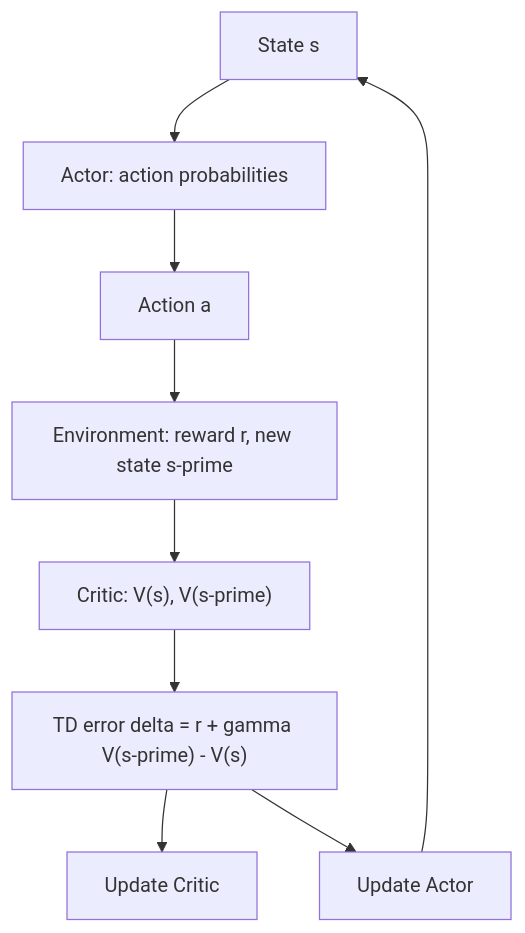
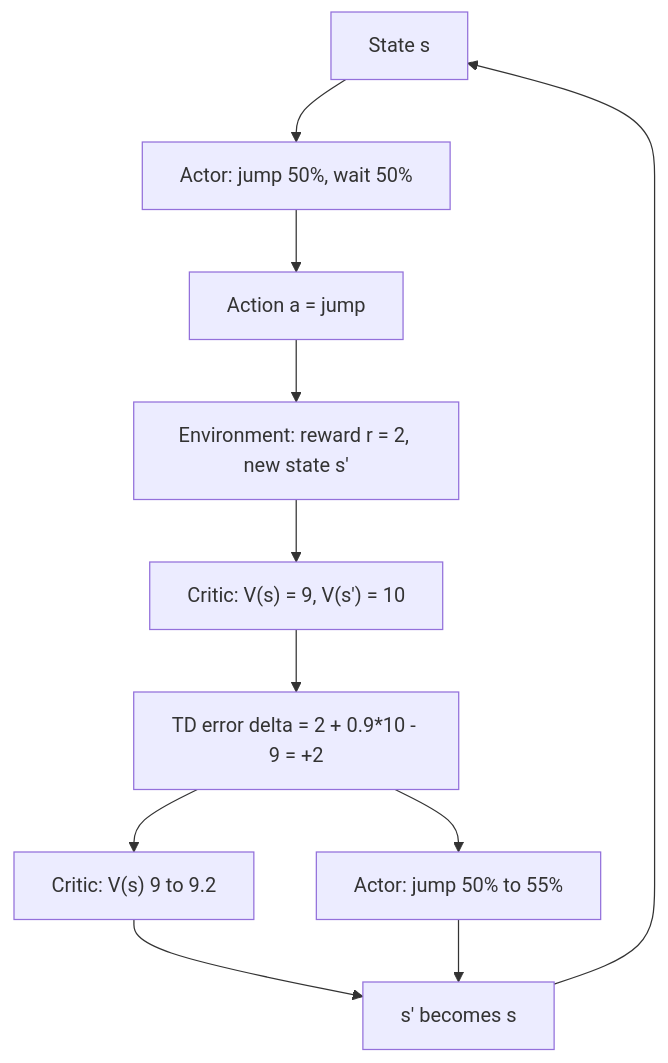
One commit to kaisarnajar/outcome-school-blogs changed the first of 2 diagrams in notes/step-01-machine-learning-foundations/019-actor-critic.md. Above: the diagram before and after it, drawn with Mermaid. The commit also changed other lines of this file and 233 other files, not shown here.

````diff
--- a/notes/step-01-machine-learning-foundations/019-actor-critic.md
+++ b/notes/step-01-machine-learning-foundations/019-actor-critic.md
@@ -42,11 +81,13 @@
 ```mermaid
 flowchart TD
-    S["State s"] --> A["Actor: action probabilities"]
-    A --> ACT["Action a"]
-    ACT --> ENV["Environment: reward r, new state s-prime"]
-    ENV --> C["Critic: V(s), V(s-prime)"]
-    C --> D["TD error delta = r + gamma V(s-prime) - V(s)"]
-    D --> UC["Update Critic"]
-    D --> UA["Update Actor"]
-    UA --> S
+    S["State s"] --> AC["Actor: jump 50%, wait 50%"]
+    AC --> ACT["Action a = jump"]
+    ACT --> ENV["Environment: reward r = 2, new state s'"]
+    ENV --> CR["Critic: V(s) = 9, V(s') = 10"]
+    CR --> TD["TD error delta = 2 + 0.9*10 - 9 = +2"]
+    TD --> UP1["Critic: V(s) 9 to 9.2"]
+    TD --> UP2["Actor: jump 50% to 55%"]
+    UP1 --> NEXT["s' becomes s"]
+    UP2 --> NEXT
+    NEXT --> S
 ```
````
